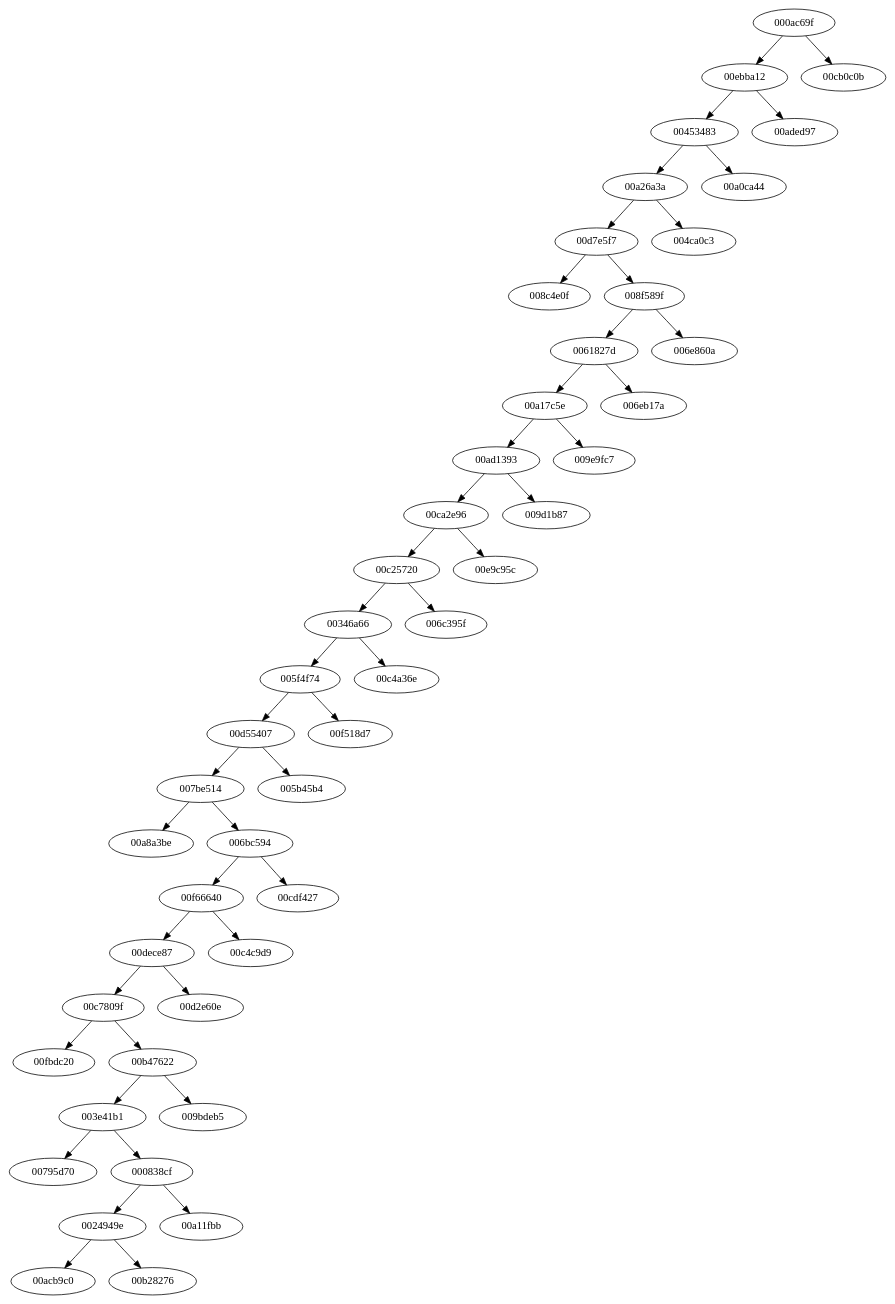
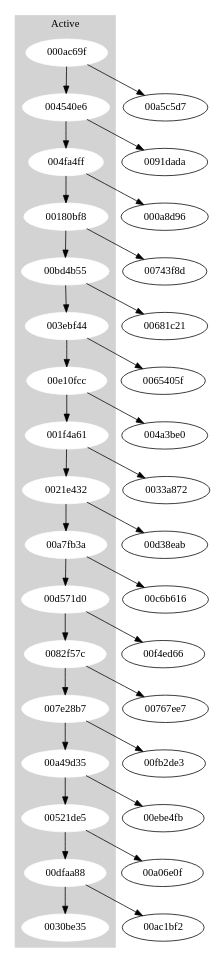
The diagram in blockchain.dot (freezing/learncoin), drawn with Graphviz before and after one commit. The commit also changed 8 other files, not shown here.

```diff
--- a/blockchain.dot
+++ b/blockchain.dot
@@ -1,50 +1,51 @@
 
     digraph G {
-      "00dece87" -> "00c7809f";
-"00ad1393" -> "00ca2e96";
-"00a26a3a" -> "00d7e5f7";
-"00f66640" -> "00dece87";
-"0061827d" -> "00a17c5e";
-"000ac69f" -> "00ebba12";
-"00346a66" -> "005f4f74";
-"00dece87" -> "00d2e60e";
-"00c25720" -> "006c395f";
-"007be514" -> "00a8a3be";
-"00d55407" -> "005b45b4";
-"00453483" -> "00a0ca44";
-"00d7e5f7" -> "008c4e0f";
-"00d7e5f7" -> "008f589f";
-"0024949e" -> "00acb9c0";
-"006bc594" -> "00f66640";
-"0024949e" -> "00b28276";
-"00a26a3a" -> "004ca0c3";
-"003e41b1" -> "00795d70";
-"00ad1393" -> "009d1b87";
-"000ac69f" -> "00cb0c0b";
-"00a17c5e" -> "009e9fc7";
-"006bc594" -> "00cdf427";
-"00f66640" -> "00c4c9d9";
-"00453483" -> "00a26a3a";
-"005f4f74" -> "00f518d7";
-"00a17c5e" -> "00ad1393";
-"005f4f74" -> "00d55407";
-"00c7809f" -> "00fbdc20";
-"008f589f" -> "006e860a";
-"0061827d" -> "006eb17a";
-"003e41b1" -> "000838cf";
-"007be514" -> "006bc594";
-"00ca2e96" -> "00e9c95c";
-"00c25720" -> "00346a66";
-"00346a66" -> "00c4a36e";
-"000838cf" -> "00a11fbb";
-"00ebba12" -> "00aded97";
-"00ebba12" -> "00453483";
-"00ca2e96" -> "00c25720";
-"008f589f" -> "0061827d";
-"00b47622" -> "003e41b1";
-"00b47622" -> "009bdeb5";
-"000ac69f";
-"000838cf" -> "0024949e";
-"00d55407" -> "007be514";
-"00c7809f" -> "00b47622";
+    
+        subgraph cluster_0 {
+            style=filled;
+            color=lightgrey;
+            node [style=filled,color=white];
+            label = "Active";
+            "000ac69f" -> "004540e6";
+"004540e6" -> "004fa4ff";
+"004fa4ff" -> "00180bf8";
+"00180bf8" -> "00bd4b55";
+"00bd4b55" -> "003ebf44";
+"003ebf44" -> "00e10fcc";
+"00e10fcc" -> "001f4a61";
+"001f4a61" -> "0021e432";
+"0021e432" -> "00a7fb3a";
+"00a7fb3a" -> "00d571d0";
+"00d571d0" -> "0082f57c";
+"0082f57c" -> "007e28b7";
+"007e28b7" -> "00a49d35";
+"00a49d35" -> "00521de5";
+"00521de5" -> "00dfaa88";
+"00dfaa88" -> "0030be35";
+        }
+        
+        subgraph cluster_1 {
+            style=filled;
+            color=lightgrey;
+            node [style=filled,color=white];
+            label = "Orphans";
+            
+        }
+    
+      "004540e6" -> "0091dada";
+"007e28b7" -> "00fb2de3";
+"00bd4b55" -> "00681c21";
+"004fa4ff" -> "000a8d96";
+"0021e432" -> "00d38eab";
+"00a7fb3a" -> "00c6b616";
+"00e10fcc" -> "004a3be0";
+"00d571d0" -> "00f4ed66";
+"0082f57c" -> "00767ee7";
+"000ac69f" -> "00a5c5d7";
+"001f4a61" -> "0033a872";
+"00521de5" -> "00a06e0f";
+"00dfaa88" -> "00ac1bf2";
+"00a49d35" -> "00ebe4fb";
+"00180bf8" -> "00743f8d";
+"003ebf44" -> "0065405f";
     }
```
